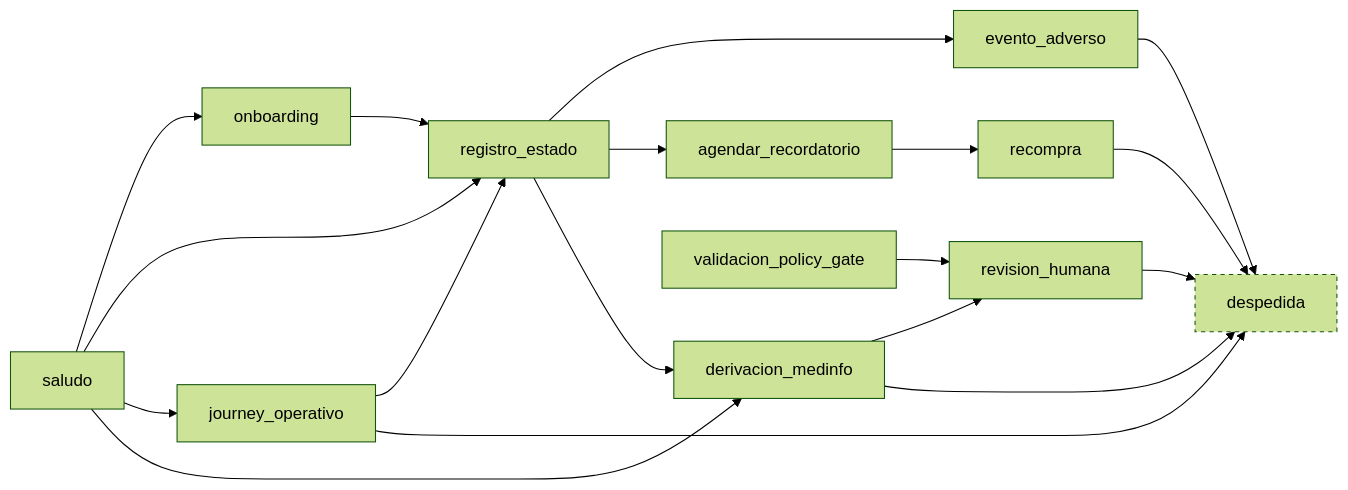
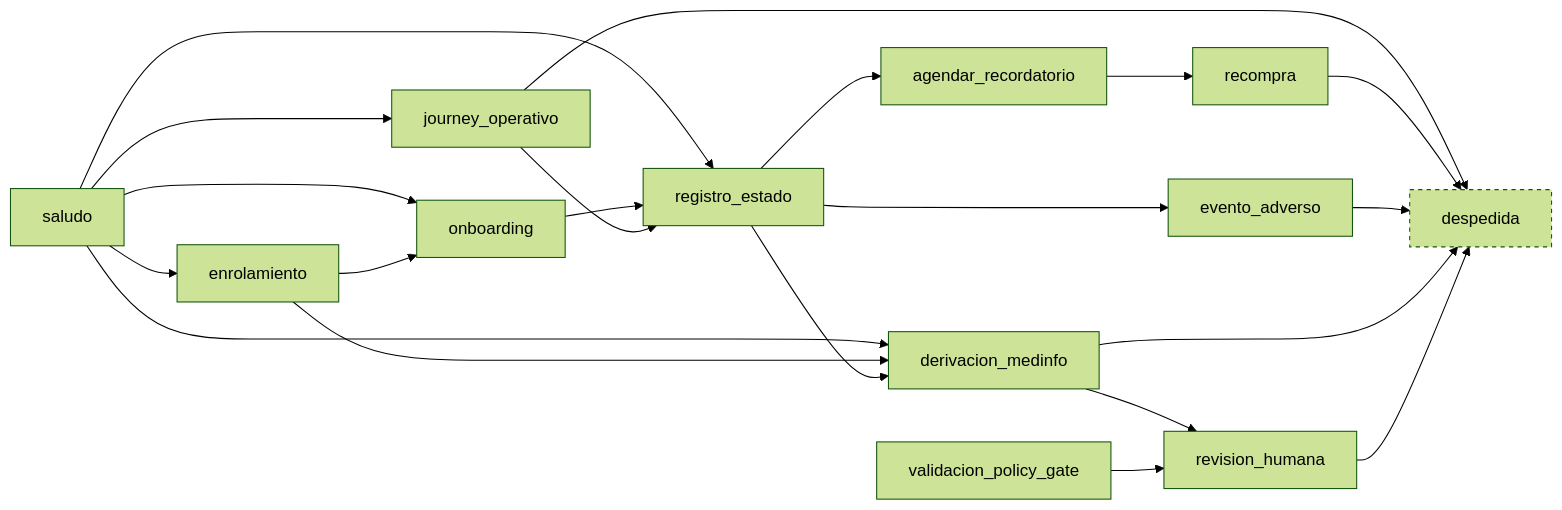
Before and after one commit to jpcosec/conversational-agent-arch: the second of 3 diagrams in docs/KNOWLEDGE-MODEL.md, drawn with Mermaid (forest theme). The commit also changed other lines of this file and 2 other files, not shown here.

````diff
--- a/docs/KNOWLEDGE-MODEL.md
+++ b/docs/KNOWLEDGE-MODEL.md
@@ -327,22 +359,25 @@
 ```mermaid
 flowchart LR
     saludo --> onboarding
     saludo --> registro_estado
     saludo --> journey_operativo
     saludo --> derivacion_medinfo
+    saludo --> enrolamiento
+    enrolamiento --> derivacion_medinfo
+    enrolamiento --> onboarding
     onboarding --> registro_estado
     journey_operativo --> registro_estado
     journey_operativo --> despedida
     registro_estado --> evento_adverso
     registro_estado --> agendar_recordatorio
     registro_estado --> derivacion_medinfo
     agendar_recordatorio --> recompra
     recompra --> despedida
     evento_adverso --> despedida
     derivacion_medinfo --> revision_humana
     derivacion_medinfo --> despedida
     validacion_policy_gate --> revision_humana
     revision_humana --> despedida
     despedida:::terminal
     classDef terminal stroke-dasharray: 4 4
 ```
````
